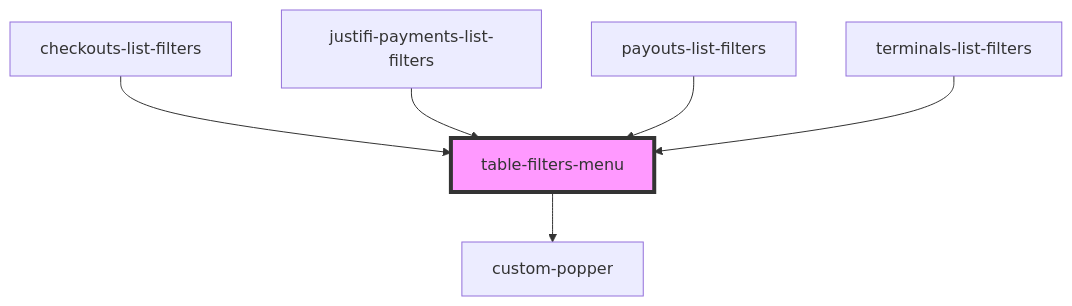
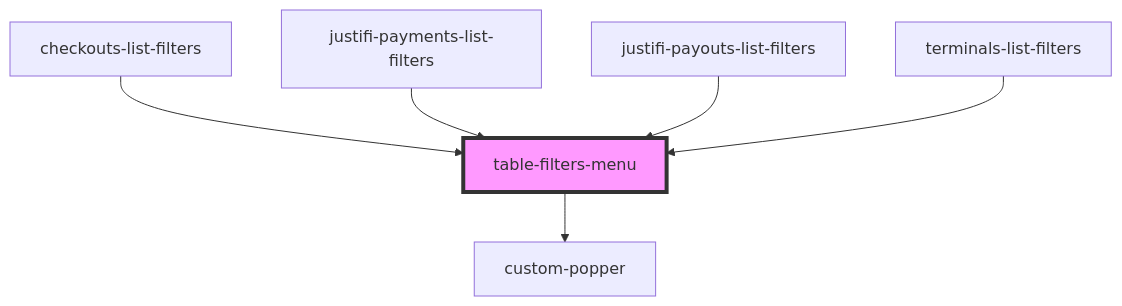
The diagram in packages/webcomponents/src/ui-components/filters/readme.md (justifi-tech/web-component-library), drawn with Mermaid before and after one commit. The commit also changed other lines of this file and 4 other files, not shown here.

````diff
--- a/packages/webcomponents/src/ui-components/filters/readme.md
+++ b/packages/webcomponents/src/ui-components/filters/readme.md
@@ -37,9 +37,9 @@
 ```mermaid
 graph TD;
   table-filters-menu --> custom-popper
   checkouts-list-filters --> table-filters-menu
   justifi-payments-list-filters --> table-filters-menu
-  payouts-list-filters --> table-filters-menu
+  justifi-payouts-list-filters --> table-filters-menu
   terminals-list-filters --> table-filters-menu
   style table-filters-menu fill:#f9f,stroke:#333,stroke-width:4px
 ```
````
